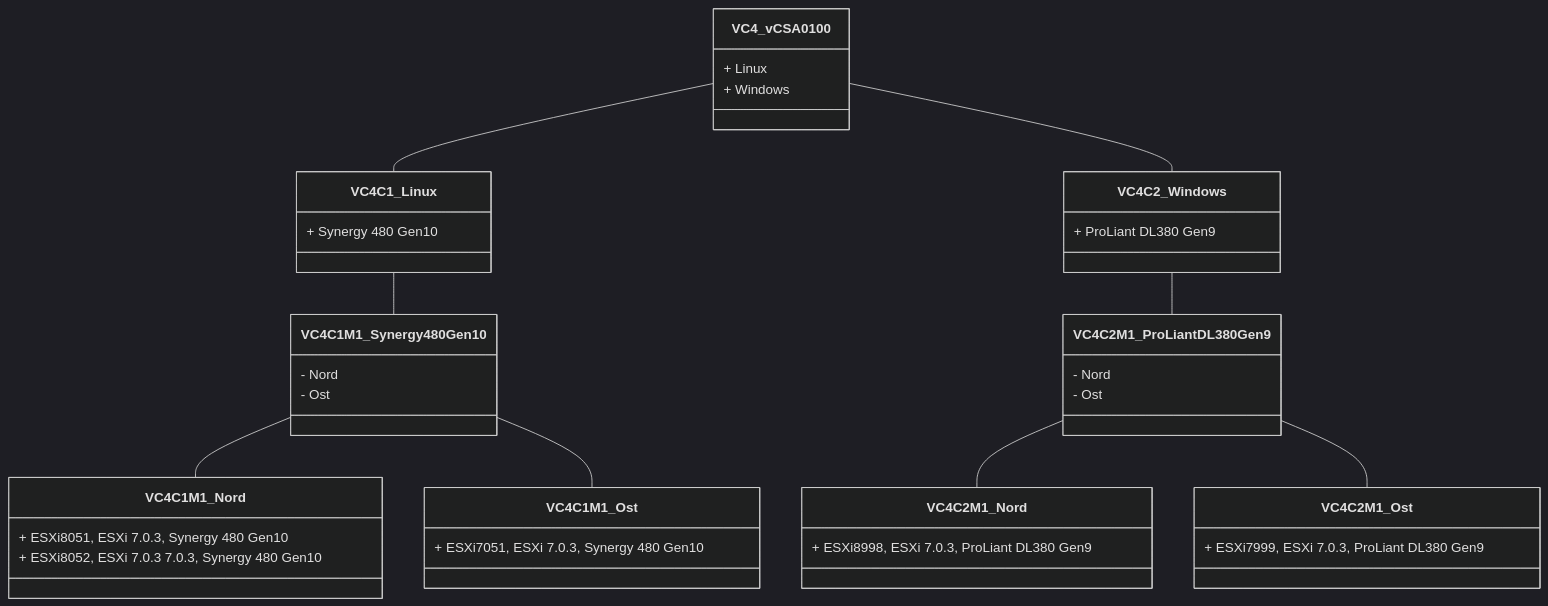
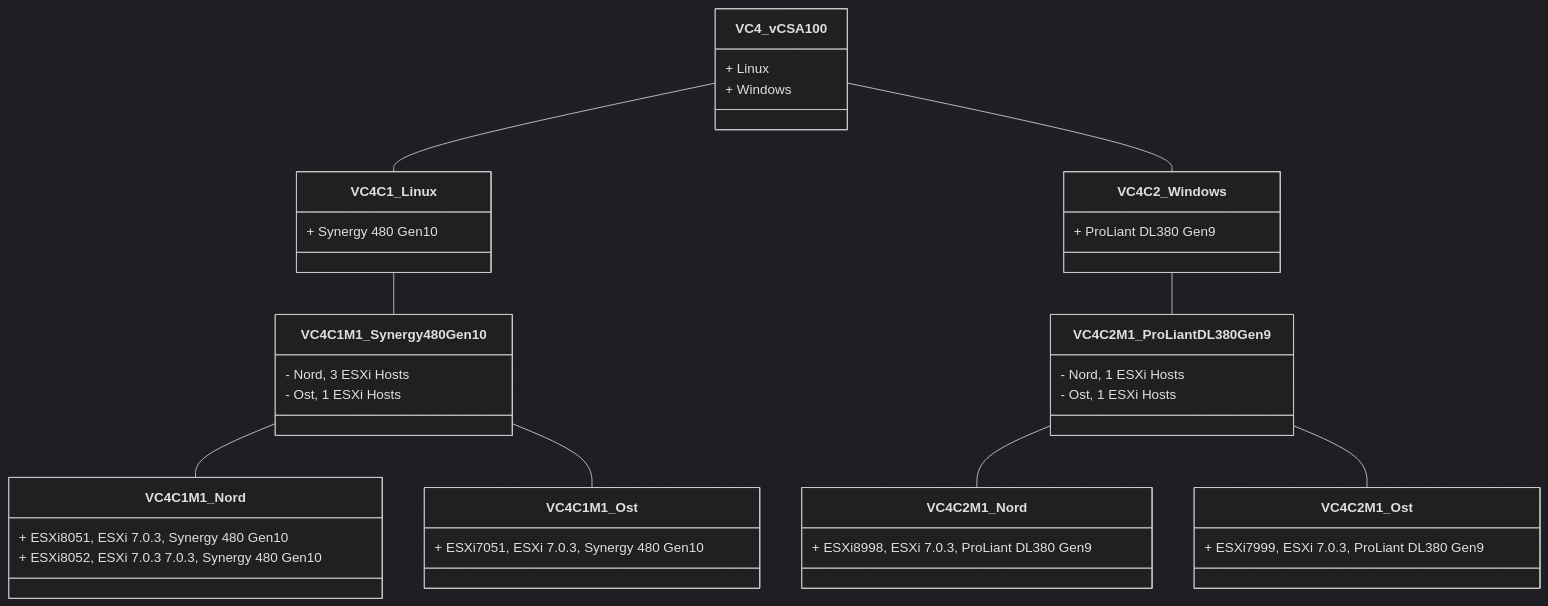
Before and after one commit to tinuwalther/PSXiDiag: the fourth of 4 diagrams in Simple ESXiHost Inventory.md, drawn with Mermaid (dark theme). The commit also changed other lines of this file and 5 other files, not shown here.

`````diff
--- a/Simple ESXiHost Inventory.md
+++ b/Simple ESXiHost Inventory.md
@@ -106,24 +112,24 @@
 ````mermaid
 classDiagram
-VC4_vCSA0100 -- VC4C1_Linux
-VC4_vCSA0100 : + Linux
+VC4_vCSA100 -- VC4C1_Linux
+VC4_vCSA100 : + Linux
 VC4C1_Linux : + Synergy 480 Gen10
 VC4C1_Linux -- VC4C1M1_Synergy 480 Gen10
-VC4C1M1_Synergy 480 Gen10 : - Nord
+VC4C1M1_Synergy 480 Gen10 : - Nord, 3 ESXi Hosts
 VC4C1M1_Synergy 480 Gen10 -- VC4C1M1_Nord
 VC4C1M1_Nord : + ESXi8051, ESXi 7.0.3, Synergy 480 Gen10
 VC4C1M1_Nord : + ESXi8052, ESXi 7.0.3 7.0.3, Synergy 480 Gen10
-VC4C1M1_Synergy 480 Gen10 : - Ost
+VC4C1M1_Synergy 480 Gen10 : - Ost, 1 ESXi Hosts
 VC4C1M1_Synergy 480 Gen10 -- VC4C1M1_Ost
 VC4C1M1_Ost : + ESXi7051, ESXi 7.0.3, Synergy 480 Gen10
-VC4_vCSA0100 -- VC4C2_Windows
-VC4_vCSA0100 : + Windows
+VC4_vCSA100 -- VC4C2_Windows
+VC4_vCSA100 : + Windows
 VC4C2_Windows : + ProLiant DL380 Gen9
 VC4C2_Windows -- VC4C2M1_ProLiant DL380 Gen9
-VC4C2M1_ProLiant DL380 Gen9 : - Nord
+VC4C2M1_ProLiant DL380 Gen9 : - Nord, 1 ESXi Hosts
 VC4C2M1_ProLiant DL380 Gen9 -- VC4C2M1_Nord
 VC4C2M1_Nord : + ESXi8998, ESXi 7.0.3, ProLiant DL380 Gen9
-VC4C2M1_ProLiant DL380 Gen9 : - Ost
+VC4C2M1_ProLiant DL380 Gen9 : - Ost, 1 ESXi Hosts
 VC4C2M1_ProLiant DL380 Gen9 -- VC4C2M1_Ost
 VC4C2M1_Ost : + ESXi7999, ESXi 7.0.3, ProLiant DL380 Gen9
 ````
`````
